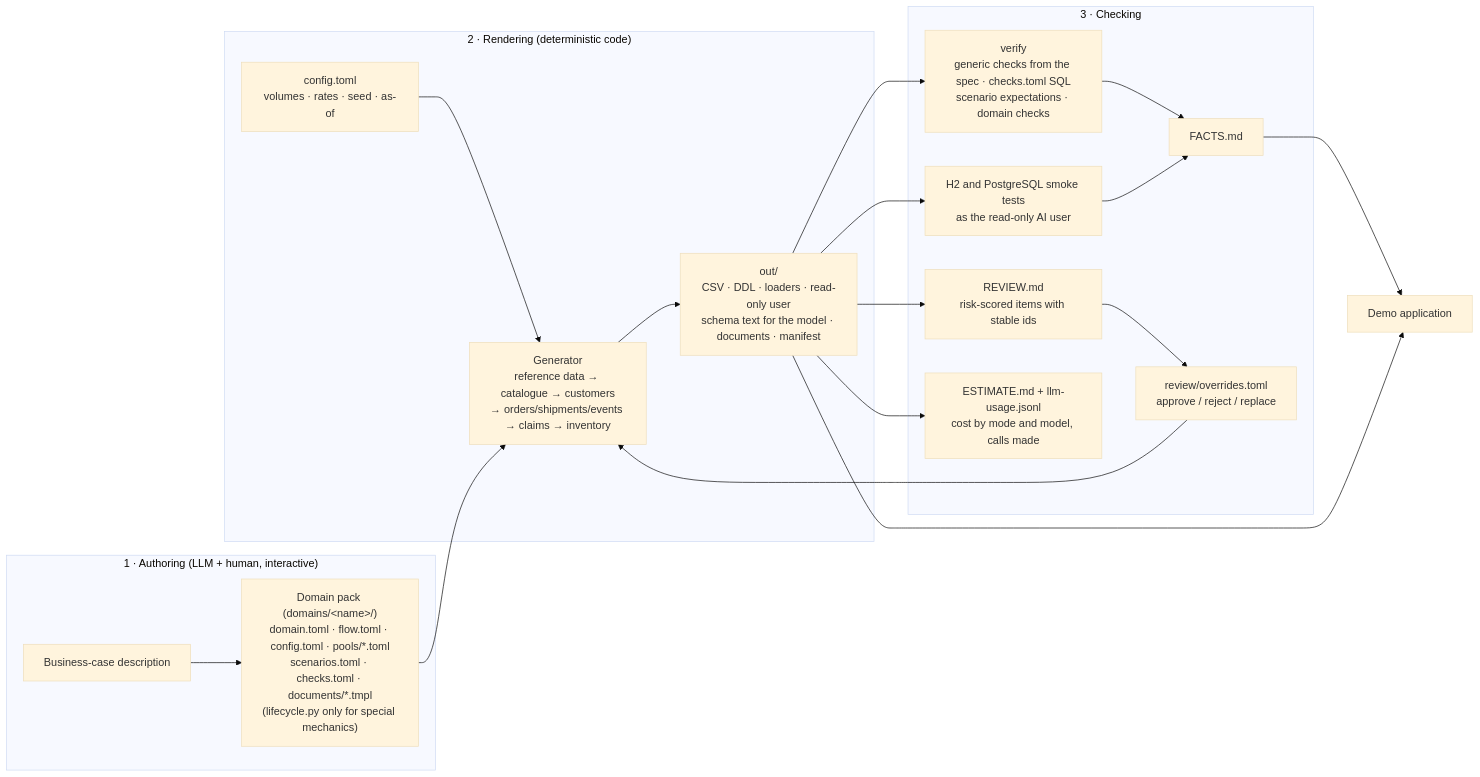
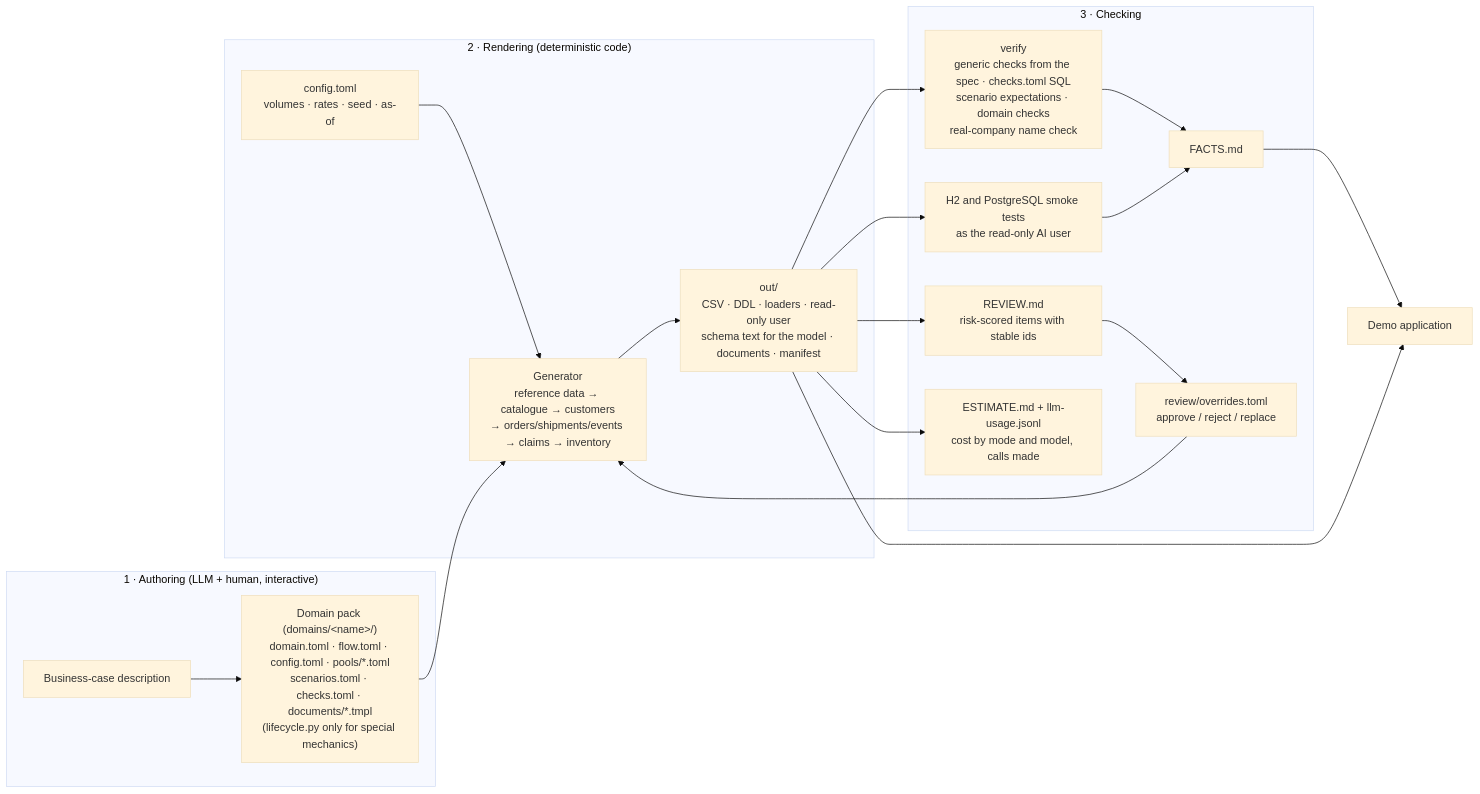
One commit to ugur-vaadin/ai-dataset-generator changed the first of 2 diagrams in docs/generation-model.md. Above: the diagram before and after it, drawn with Mermaid (base theme). The commit also changed other lines of this file and 6 other files, not shown here.

````diff
--- a/docs/generation-model.md
+++ b/docs/generation-model.md
@@ -13,24 +13,24 @@
 ```mermaid
 flowchart LR
     subgraph AUTHOR["1 · Authoring (LLM + human, interactive)"]
         BC[Business-case description] --> DP
         DP["Domain pack (domains/&lt;name&gt;/)<br/>domain.toml · flow.toml · config.toml · pools/*.toml<br/>scenarios.toml · checks.toml · documents/*.tmpl<br/>(lifecycle.py only for special mechanics)"]
     end
     subgraph RENDER["2 · Rendering (deterministic code)"]
         CFG[config.toml<br/>volumes · rates · seed · as-of] --> GEN
         DP --> GEN["Generator<br/>reference data → catalogue → customers<br/>→ orders/shipments/events → claims → inventory"]
         GEN --> OUT["out/<br/>CSV · DDL · loaders · read-only user<br/>schema text for the model · documents · manifest"]
     end
     subgraph CHECK["3 · Checking"]
-        OUT --> V["verify<br/>generic checks from the spec · checks.toml SQL<br/>scenario expectations · domain checks"]
+        OUT --> V["verify<br/>generic checks from the spec · checks.toml SQL<br/>scenario expectations · domain checks<br/>real-company name check"]
         OUT --> H2["H2 and PostgreSQL smoke tests<br/>as the read-only AI user"]
         V --> F[FACTS.md]
         H2 --> F
         OUT --> RQ["REVIEW.md<br/>risk-scored items with stable ids"]
         RQ --> OV["review/overrides.toml<br/>approve / reject / replace"]
         OV --> GEN
         OUT --> EST["ESTIMATE.md + llm-usage.jsonl<br/>cost by mode and model, calls made"]
     end
     F --> APP[Demo application]
     OUT --> APP
 ```
````
